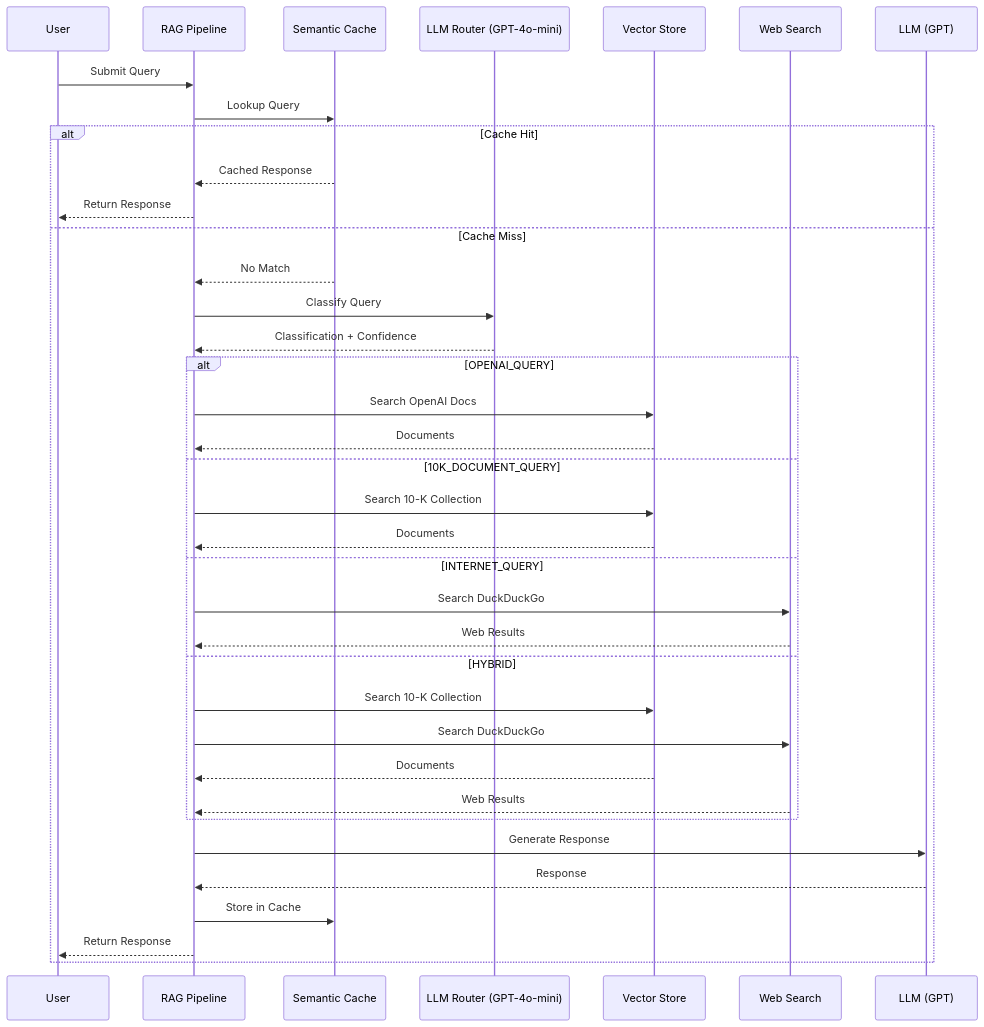
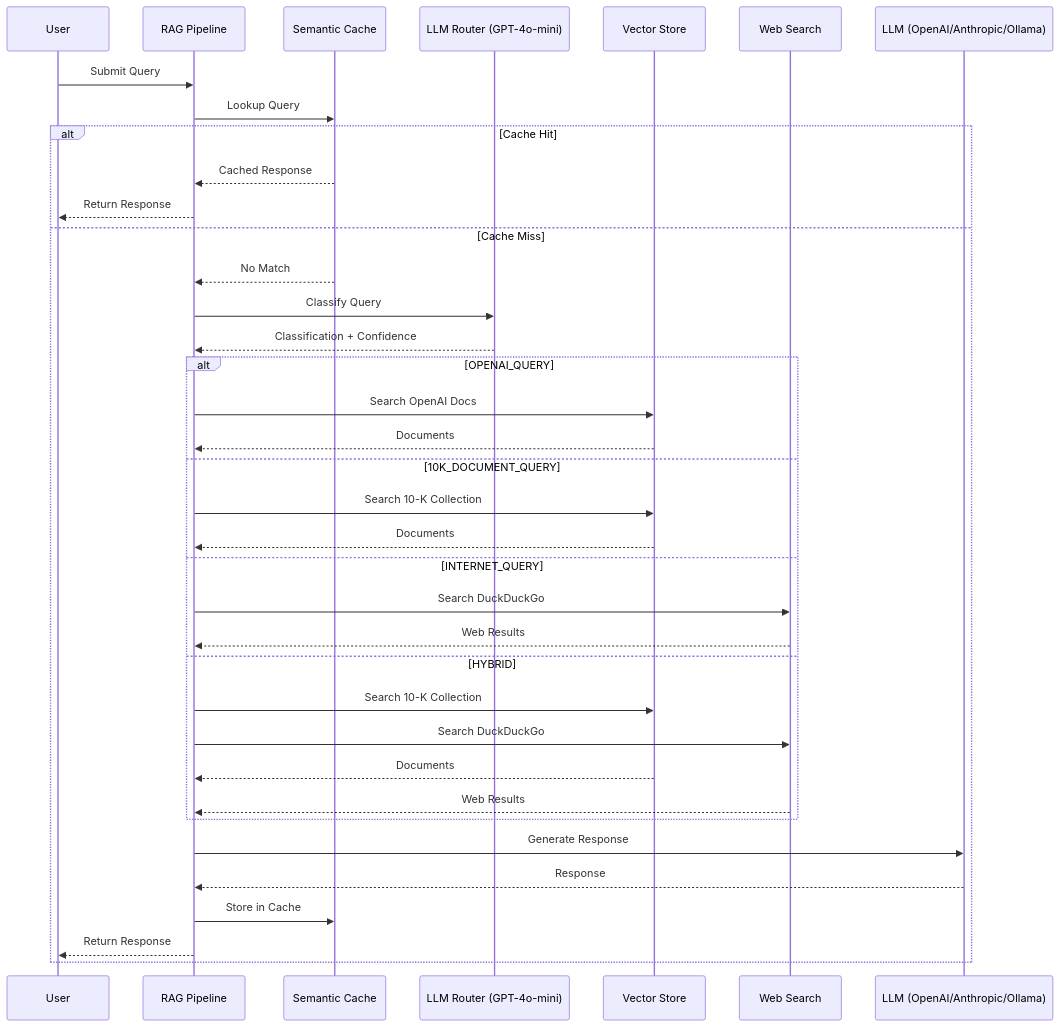
One commit to brianvanko/agentic-search-engine changed the second of 5 diagrams in README.md. Above: the diagram before and after it, drawn with Mermaid. The commit also changed other lines of this file and 9 other files, not shown here.

````diff
--- a/README.md
+++ b/README.md
@@ -71,43 +77,43 @@
 ```mermaid
 sequenceDiagram
     participant U as User
     participant P as RAG Pipeline
     participant C as Semantic Cache
     participant R as LLM Router (GPT-4o-mini)
     participant V as Vector Store
     participant W as Web Search
-    participant L as LLM (GPT)
+    participant L as LLM (OpenAI/Anthropic/Ollama)
 
     U->>P: Submit Query
     P->>C: Lookup Query
 
     alt Cache Hit
         C-->>P: Cached Response
         P-->>U: Return Response
     else Cache Miss
         C-->>P: No Match
         P->>R: Classify Query
         R-->>P: Classification + Confidence
 
         alt OPENAI_QUERY
             P->>V: Search OpenAI Docs
             V-->>P: Documents
         else 10K_DOCUMENT_QUERY
             P->>V: Search 10-K Collection
             V-->>P: Documents
         else INTERNET_QUERY
             P->>W: Search DuckDuckGo
             W-->>P: Web Results
         else HYBRID
             P->>V: Search 10-K Collection
             P->>W: Search DuckDuckGo
             V-->>P: Documents
             W-->>P: Web Results
         end
 
         P->>L: Generate Response
         L-->>P: Response
         P->>C: Store in Cache
         P-->>U: Return Response
     end
 ```
````
